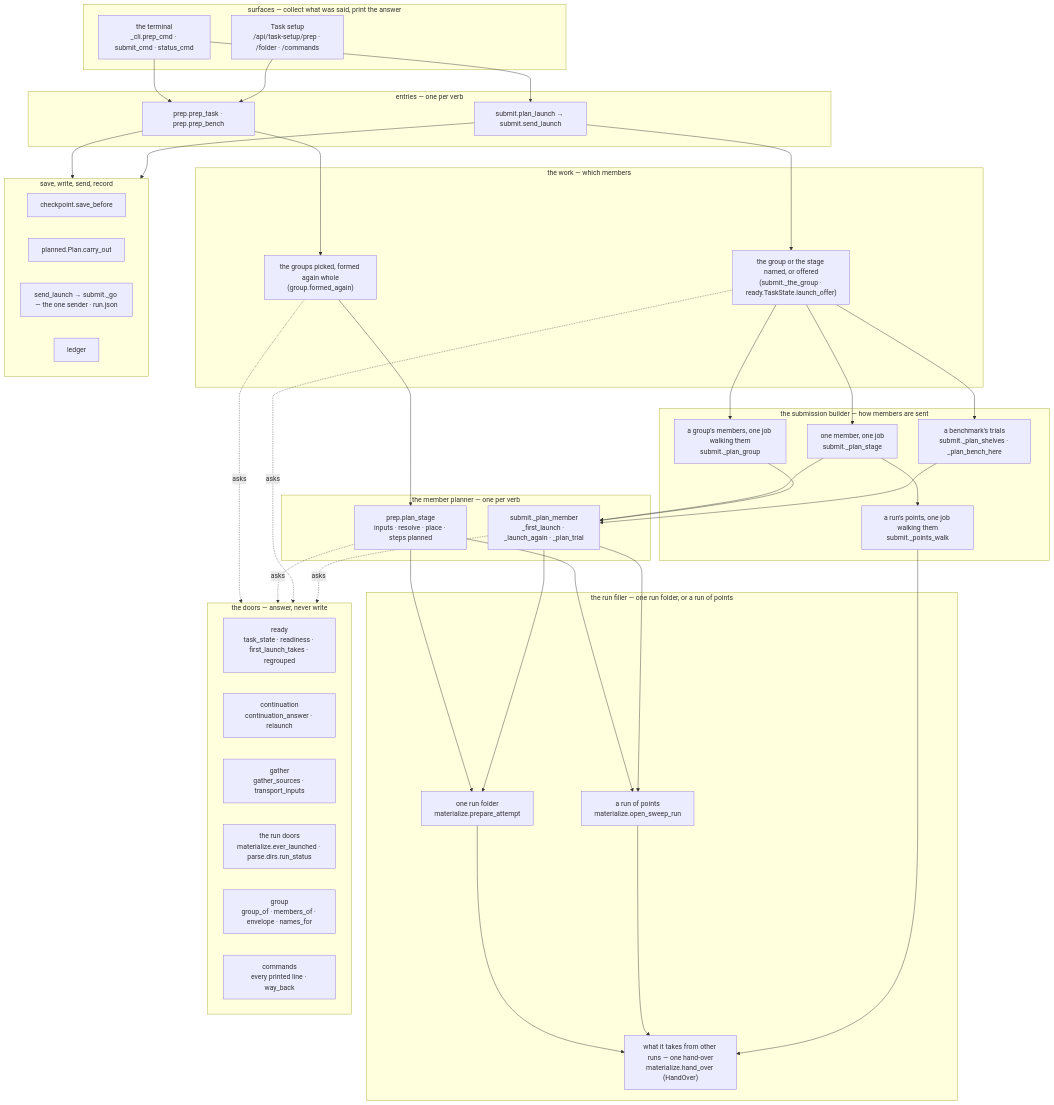
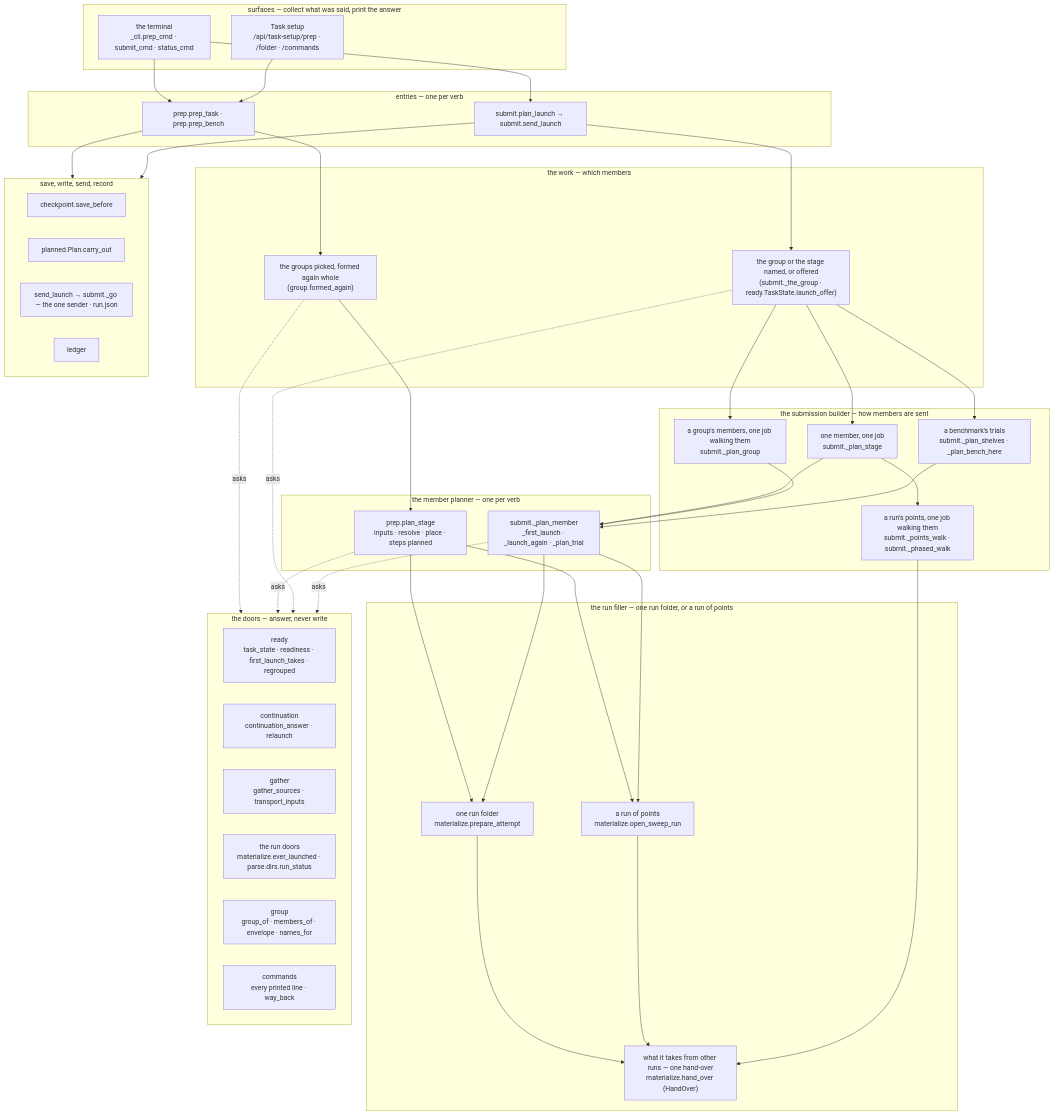
Before and after one commit to Qing-LAB/molbuilder: diagram 17 of 19 in docs/execution/job-system.md, drawn with Mermaid. The commit also changed other lines of this file and 106 other files, not shown here.

````diff
--- a/docs/execution/job-system.md
+++ b/docs/execution/job-system.md
@@ -3279,58 +3284,58 @@
 ```mermaid
 flowchart TB
     subgraph S["surfaces — collect what was said, print the answer"]
         CLI["the terminal<br/>_cli.prep_cmd · submit_cmd · status_cmd"]
         WEB["Task setup<br/>/api/task-setup/prep · /folder · /commands"]
     end
     subgraph E["entries — one per verb"]
         PE["prep.prep_task · prep.prep_bench"]
         LE["submit.plan_launch → submit.send_launch"]
     end
     subgraph W["the work — which members"]
         PW["the groups picked, formed again whole<br/>(group.formed_again)"]
         LW["the group or the stage named, or offered<br/>(submit._the_group · ready.TaskState.launch_offer)"]
     end
     subgraph M["the member planner — one per verb"]
         PM["prep.plan_stage<br/>inputs · resolve · place · steps planned"]
         LM["submit._plan_member<br/>_first_launch · _launch_again · _plan_trial"]
     end
     subgraph F["the run filler — one run folder, or a run of points"]
         F1["one run folder<br/>materialize.prepare_attempt"]
         F2["a run of points<br/>materialize.open_sweep_run"]
         F3["what it takes from other runs — one hand-over<br/>materialize.hand_over (HandOver)"]
     end
     subgraph B["the submission builder — how members are sent"]
         B1["one member, one job<br/>submit._plan_stage"]
         B2["a group's members, one job walking them<br/>submit._plan_group"]
-        B3["a run's points, one job walking them<br/>submit._points_walk"]
+        B3["a run's points, one job walking them<br/>submit._points_walk · submit._phased_walk"]
         B4["a benchmark's trials<br/>submit._plan_shelves · _plan_bench_here"]
     end
     subgraph X["save, write, send, record"]
         SV["checkpoint.save_before"]
         PL["planned.Plan.carry_out"]
         GO["send_launch → submit._go — the one sender · run.json"]
         LG["ledger"]
     end
     subgraph D["the doors — answer, never write"]
         RD["ready<br/>task_state · readiness · first_launch_takes · regrouped"]
         CD["continuation<br/>continuation_answer · relaunch"]
         GD["gather<br/>gather_sources · transport_inputs"]
         RU["the run doors<br/>materialize.ever_launched · parse.dirs.run_status"]
         GR["group<br/>group_of · members_of · envelope · names_for"]
         CM["commands<br/>every printed line · way_back"]
     end
     CLI --> PE & LE
     WEB --> PE
     PE --> PW --> PM --> F1 & F2
     LE --> LW --> B1 & B2 & B4
     B1 & B2 & B4 --> LM --> F1 & F2
     F1 & F2 --> F3
     B1 --> B3
     B3 --> F3
     PE --> X
     LE --> X
     PW -.asks.-> D
     PM -.asks.-> D
     LW -.asks.-> D
     LM -.asks.-> D
 ```
````
